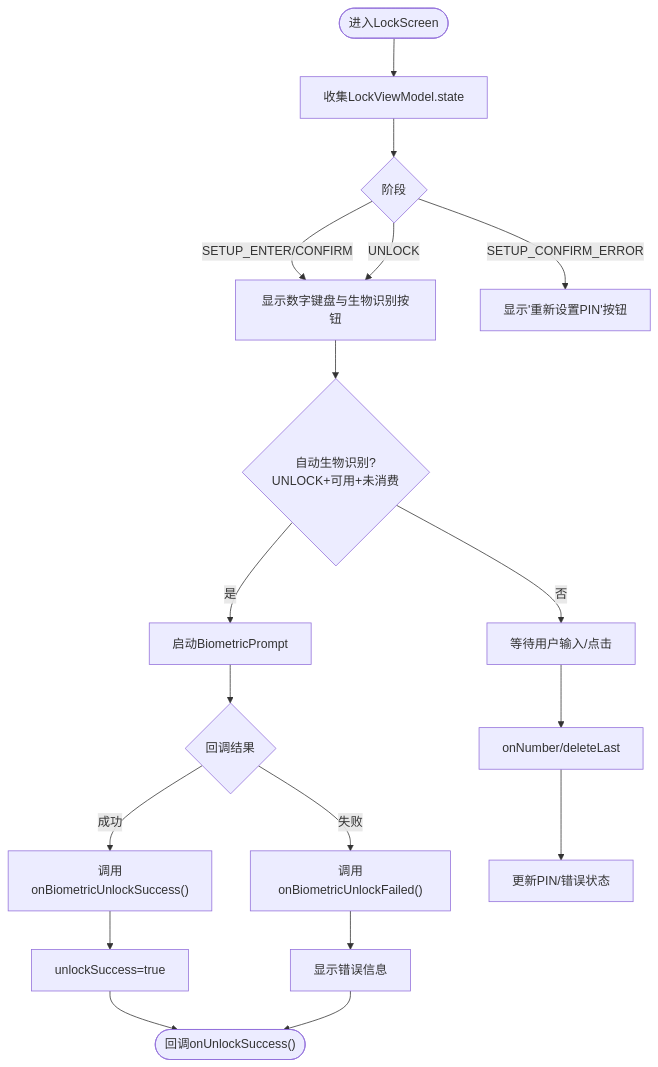
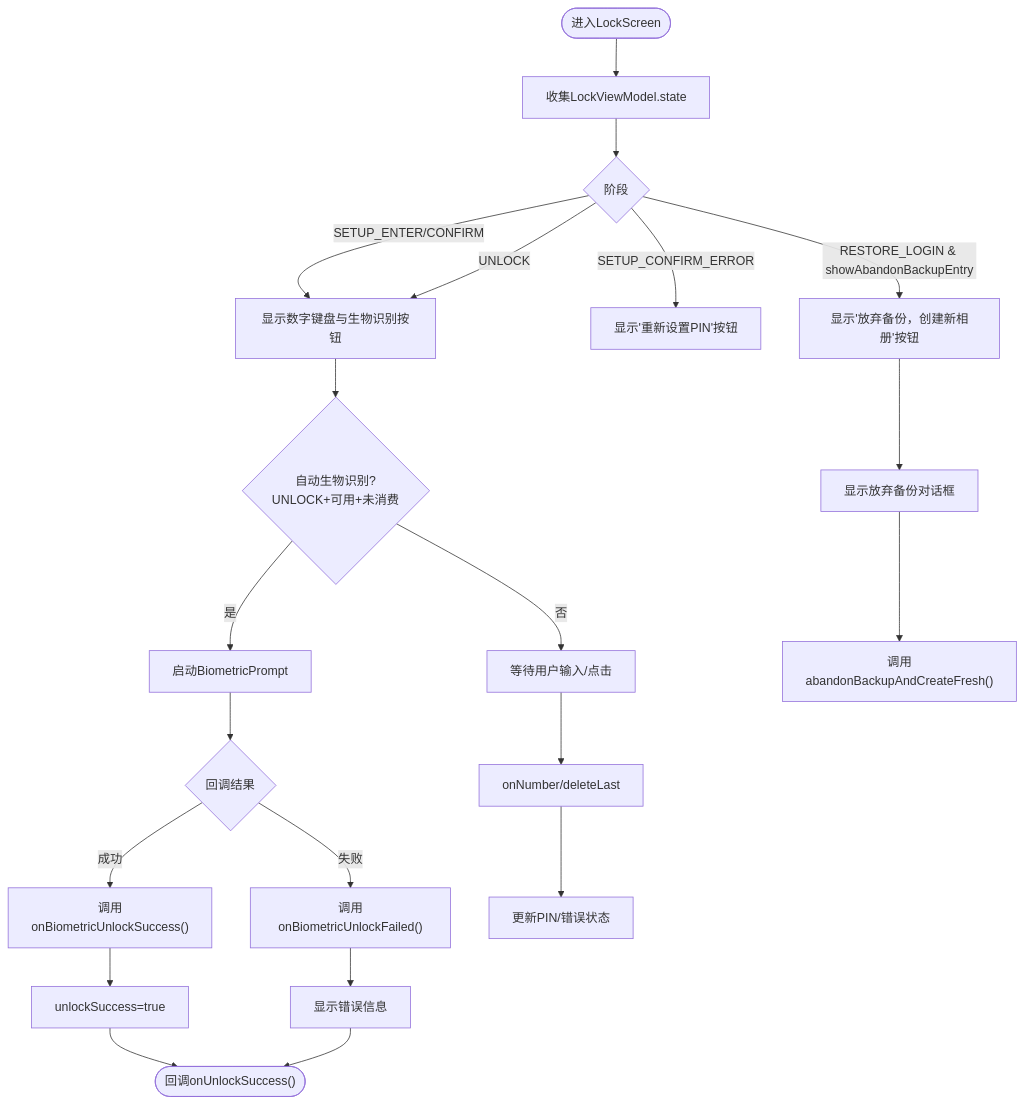
Before and after one commit to wanhongbo/ai-photo-vault: the third of 9 diagrams in .qoder/repowiki/zh/content/核心功能模块/安全解锁系统/安全解锁系统.md, drawn with Mermaid. The commit also changed other lines of this file and 22 other files, not shown here.

````diff
--- a/.qoder/repowiki/zh/content/核心功能模块/安全解锁系统/安全解锁系统.md
+++ b/.qoder/repowiki/zh/content/核心功能模块/安全解锁系统/安全解锁系统.md
@@ -201,20 +246,23 @@
 ```mermaid
 flowchart TD
 Start(["进入LockScreen"]) --> LoadState["收集LockViewModel.state"]
 LoadState --> Stage{"阶段"}
 Stage --> |SETUP_ENTER/CONFIRM| ShowKeypad["显示数字键盘与生物识别按钮"]
 Stage --> |UNLOCK| ShowKeypad
 Stage --> |SETUP_CONFIRM_ERROR| ShowResetBtn["显示'重新设置PIN'按钮"]
+Stage --> |RESTORE_LOGIN & showAbandonBackupEntry| ShowAbandonBtn["显示'放弃备份，创建新相册'按钮"]
 ShowKeypad --> AutoBio{"自动生物识别?<br/>UNLOCK+可用+未消费"}
 AutoBio --> |是| LaunchBio["启动BiometricPrompt"]
 AutoBio --> |否| WaitInput["等待用户输入/点击"]
+ShowAbandonBtn --> AbandonDialog["显示放弃备份对话框"]
 LaunchBio --> BioCb{"回调结果"}
 BioCb --> |成功| VM_Succ["调用onBiometricUnlockSuccess()"]
 BioCb --> |失败| VM_Fail["调用onBiometricUnlockFailed()"]
 WaitInput --> Input["onNumber/deleteLast"]
 Input --> VM_Update["更新PIN/错误状态"]
 VM_Succ --> UnlockOK["unlockSuccess=true"]
 VM_Fail --> ShowErr["显示错误信息"]
+AbandonDialog --> VM_Abandon["调用abandonBackupAndCreateFresh()"]
 UnlockOK --> End(["回调onUnlockSuccess()"])
 ShowErr --> End
 ```
````
